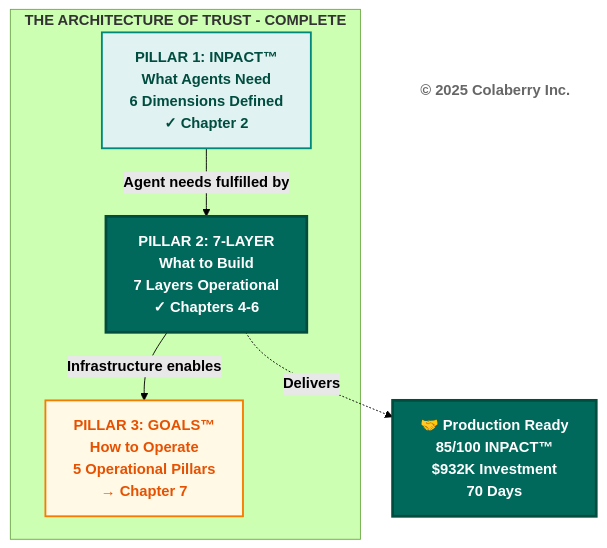
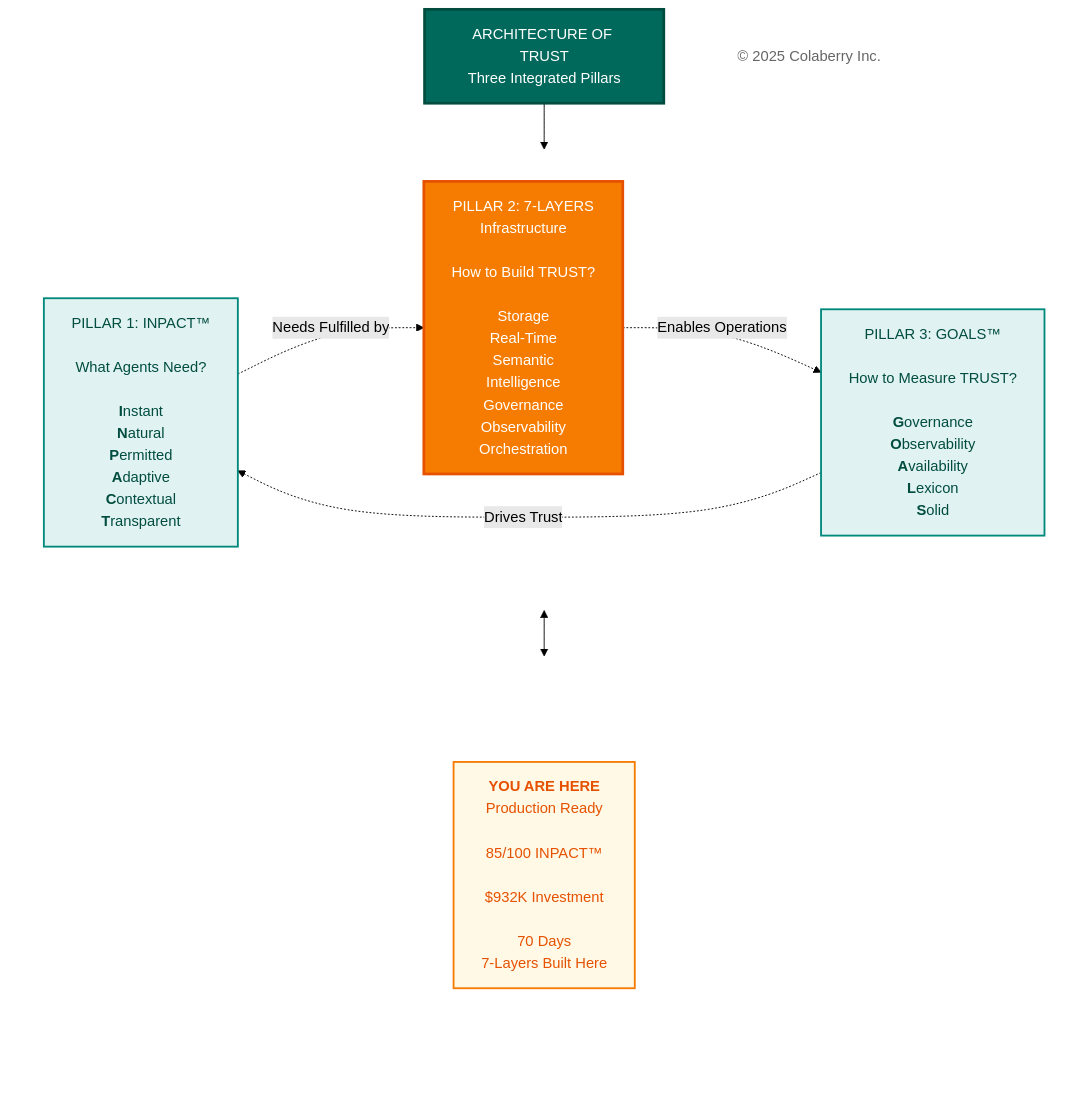
Diagram 14 of 14 in manuscript/07_chapter_6_transparency_orchestration_layers_v1_9.md (saitejesh-cyber/trust-before-intelligence-book), drawn with Mermaid (forest theme) before and after one commit. The commit also changed other lines of this file, not shown here.

Commit message:
Cleaning up the diagrams
Cleaning up the diagrams

````diff
--- a/manuscript/07_chapter_6_transparency_orchestration_layers_v1_9.md
+++ b/manuscript/07_chapter_6_transparency_orchestration_layers_v1_9.md
@@ -1290,22 +1290,49 @@
 ```mermaid
+
+
+
+
 graph TB
-    subgraph "<b>THE ARCHITECTURE OF TRUST - COMPLETE</b>"
-        P1["<b>PILLAR 1: INPACT™</b><br/><b>What Agents Need</b><br/><b>6 Dimensions Defined</b><br/><b>✓ Chapter 2</b>"]
-        P2["<b>PILLAR 2: 7-LAYER</b><br/><b>What to Build</b><br/><b>7 Layers Operational</b><br/><b>✓ Chapters 4-6</b>"]
-        P3["<b>PILLAR 3: GOALS™</b><br/><b>How to Operate</b><br/><b>5 Operational Pillars</b><br/><b>→ Chapter 7</b>"]
+    Title["ARCHITECTURE OF TRUST<br/>Three Integrated Pillars"]
+    
+    subgraph PILLARS[" "]
+        direction LR
+        INPACT["`PILLAR 1: INPACT™<br/><br/>What Agents Need?<br/><br/>**I**nstant<br/>**N**atural<br/>**P**ermitted<br/>**A**daptive<br/>**C**ontextual<br/>**T**ransparent`"]
+        
+        Layers["PILLAR 2: 7-LAYERS<br/>Infrastructure<br/><br/>How to Build TRUST?<br/><br/>Storage<br/>Real-Time<br/>Semantic<br/>Intelligence<br/>Governance<br/>Observability<br/>Orchestration"]
+        
+        GOALS["`PILLAR 3: GOALS™<br/><br/>How to Measure TRUST?<br/><br/>**G**overnance<br/>**O**bservability<br/>**A**vailability<br/>**L**exicon<br/>**S**olid`"]
     end
     
-    Result["<b>🤝 Production Ready</b><br/><b>85/100 INPACT™</b><br/><b>$932K Investment</b><br/><b>70 Days</b>"]
+    subgraph INDICATOR[" "]
+        direction LR
+        Spacer1[" "]
+        YouAreHere["<b>YOU ARE HERE</b><br/>Production Ready
+<br/>85/100 INPACT™
+<br/>$932K Investment
+<br/>70 Days <br/> 7-Layers Built Here"]
+        Spacer2[" "]
+    end
     
-    Copyright["<b>© 2025 Colaberry Inc.</b>"]
+    Copyright["© 2025 Colaberry Inc."]
     
-    P1 -->|<b>Agent needs fulfilled by</b>| P2
-    P2 -->|<b>Infrastructure enables</b>| P3
-    P2 -.->|<b>Delivers</b>| Result
+    Title --> PILLARS
+    PILLARS <--> INDICATOR
     
-    style P1 fill:#e0f2f1,stroke:#00897b,stroke-width:2px,color:#004d40
-    style P2 fill:#00695c,color:#ffffff,stroke:#004d40,stroke-width:3px
-    style P3 fill:#fff9e6,stroke:#f57c00,stroke-width:2px,color:#e65100
-    style Result fill:#00695c,color:#ffffff,stroke:#004d40,stroke-width:3px
+    INPACT -.->|"Needs Fulfilled by"| Layers
+    Layers -.->|"Enables Operations"| GOALS
+    GOALS -.->|"Drives Trust"| INPACT
+
+    style Title fill:#00695c,color:#ffffff,stroke:#004d40,stroke-width:3px
+    style PILLARS fill:none,stroke:none
+    style INDICATOR fill:none,stroke:none
+    style INPACT fill:#e0f2f1,stroke:#00897b,stroke-width:2px,color:#004d40
+    style Layers fill:#f57c00,stroke:#e65100,stroke-width:3px,color:#ffffff
+    style GOALS fill:#e0f2f1,stroke:#00897b,stroke-width:2px,color:#004d40
+    style Spacer1 fill:none,stroke:none,color:transparent
+    style YouAreHere fill:#fff9e6,stroke:#f57c00,stroke-width:2px,color:#e65100
+    style Spacer2 fill:none,stroke:none,color:transparent
     style Copyright fill:#ffffff,stroke:none,color:#666666
+
+
 ```
````
